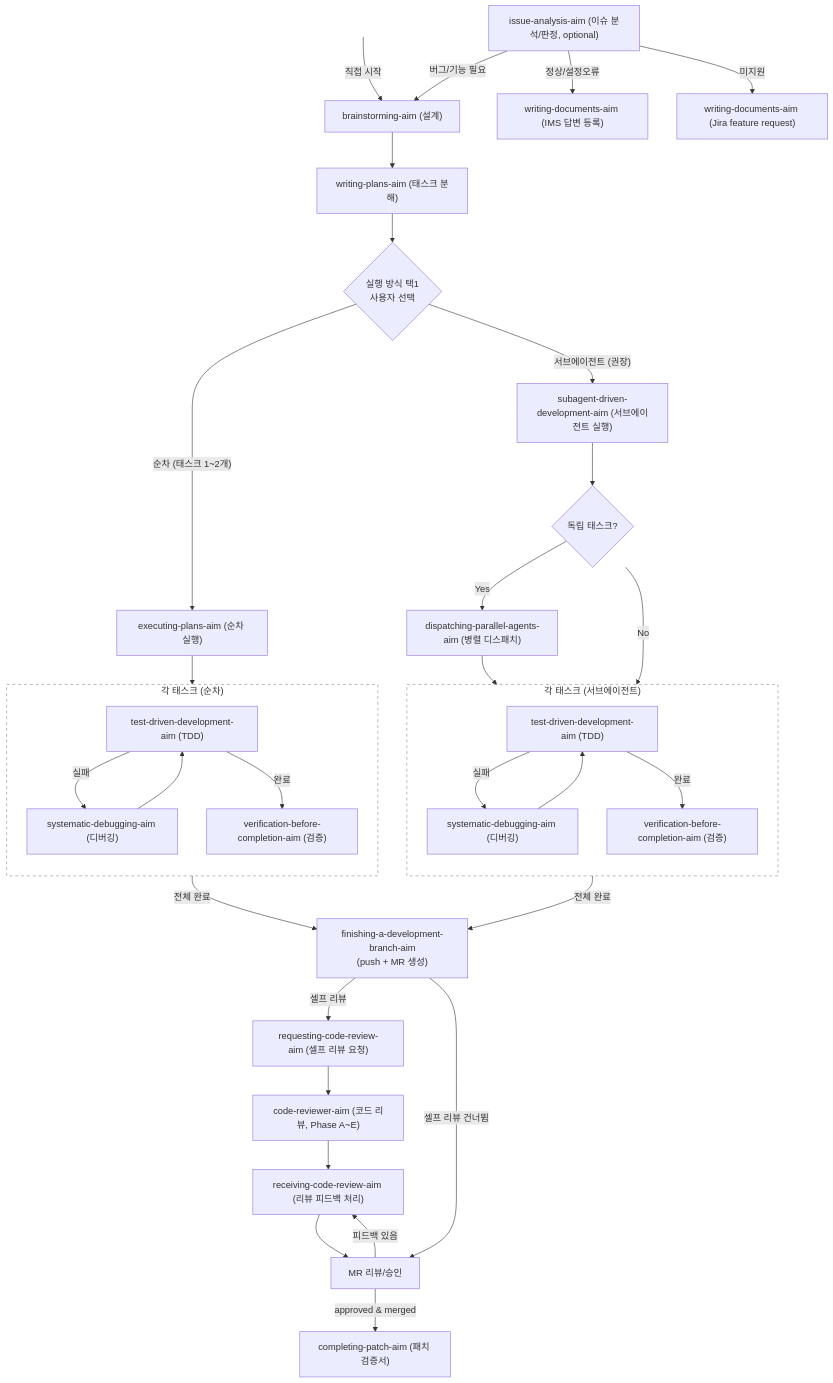
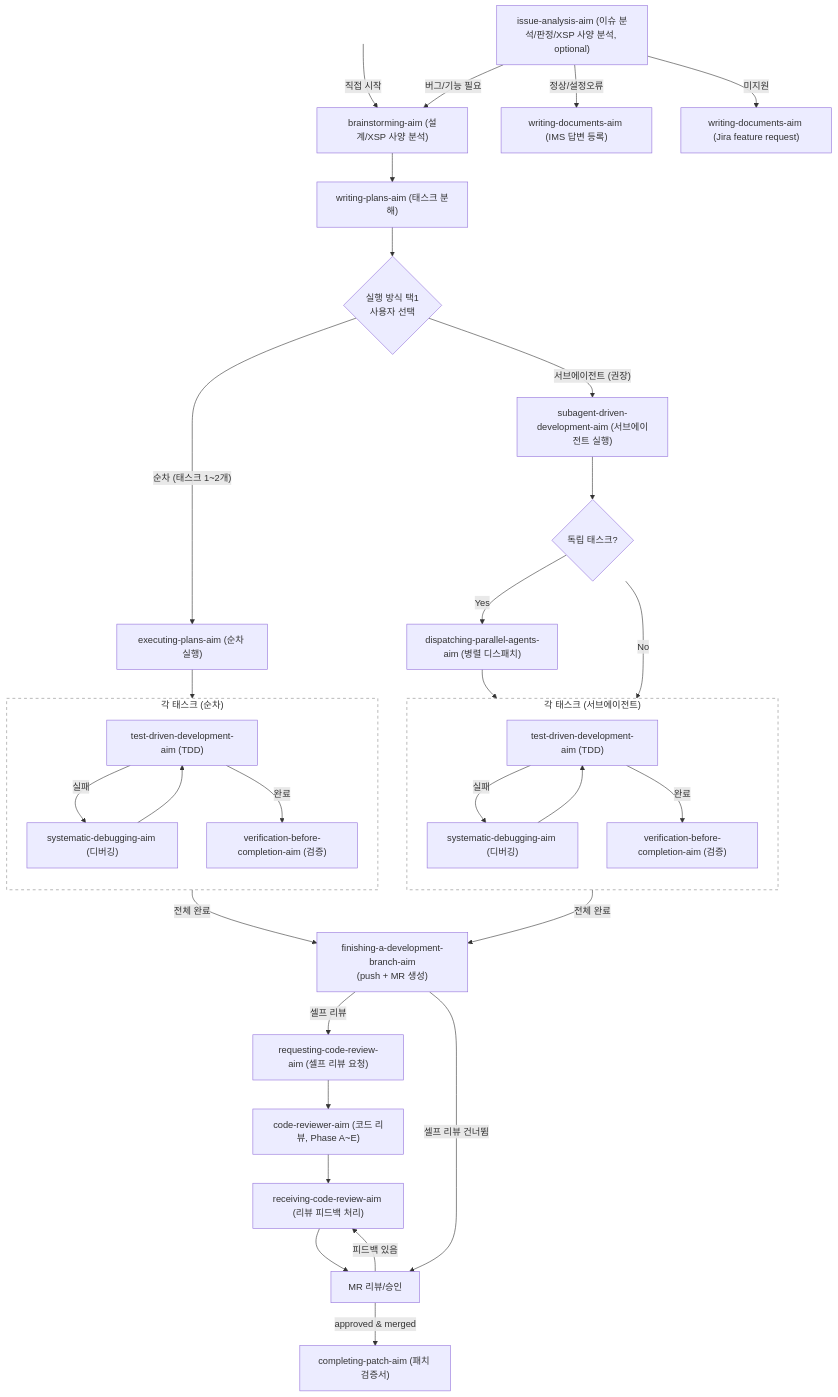
The diagram in README.md (kmj5228/aim-harness), drawn with Mermaid before and after one commit.

Commit message:
docs: add XSP spec analysis to issue-analysis and brainstorming nodes

````diff
--- a/README.md
+++ b/README.md
@@ -77,47 +77,47 @@
 ```mermaid
 flowchart TD
-    A["issue-analysis-aim (이슈 분석/판정, optional)"] -->|"버그/기능 필요"| B["brainstorming-aim (설계)"]
+    A["issue-analysis-aim (이슈 분석/판정/XSP 사양 분석, optional)"] -->|"버그/기능 필요"| B["brainstorming-aim (설계/XSP 사양 분석)"]
     START[ ] -->|직접 시작| B
     B --> C["writing-plans-aim (태스크 분해)"]
     C --> D{실행 방식 택1\n사용자 선택}
 
     D -->|"순차 (태스크 1~2개)"| E["executing-plans-aim (순차 실행)"]
     E --> TDD1
 
     D -->|"서브에이전트 (권장)"| F["subagent-driven-development-aim (서브에이전트 실행)"]
     F --> H{독립 태스크?}
     H -->|"Yes"| P1["dispatching-parallel-agents-aim (병렬 디스패치)"]
     H -->|"No"| TDD2
     P1 --> TDD2
 
     subgraph TDD1 ["각 태스크 (순차)"]
         direction TB
         G1["test-driven-development-aim (TDD)"] -->|실패| I1["systematic-debugging-aim (디버깅)"]
         I1 --> G1
         G1 -->|완료| J1["verification-before-completion-aim (검증)"]
     end
 
     subgraph TDD2 ["각 태스크 (서브에이전트)"]
         direction TB
         G2["test-driven-development-aim (TDD)"] -->|실패| I2["systematic-debugging-aim (디버깅)"]
         I2 --> G2
         G2 -->|완료| J2["verification-before-completion-aim (검증)"]
     end
 
     TDD1 -->|전체 완료| K["finishing-a-development-branch-aim\n(push + MR 생성)"]
     TDD2 -->|전체 완료| K
     K -->|셀프 리뷰| L["requesting-code-review-aim (셀프 리뷰 요청)"]
     L --> M["code-reviewer-aim (코드 리뷰, Phase A~E)"]
     K -->|셀프 리뷰 건너뜀| MR[MR 리뷰/승인]
     M --> RCV["receiving-code-review-aim (리뷰 피드백 처리)"]
     RCV --> MR
     MR -->|피드백 있음| RCV
     MR -->|approved & merged| N["completing-patch-aim (패치 검증서)"]
 
     A -->|"정상/설정오류"| O["writing-documents-aim (IMS 답변 등록)"]
     A -->|"미지원"| Q["writing-documents-aim (Jira feature request)"]
 
     style START fill:transparent,stroke:transparent
     style TDD1 fill:transparent,stroke:#888,stroke-dasharray: 5 5
     style TDD2 fill:transparent,stroke:#888,stroke-dasharray: 5 5
 ```
````
